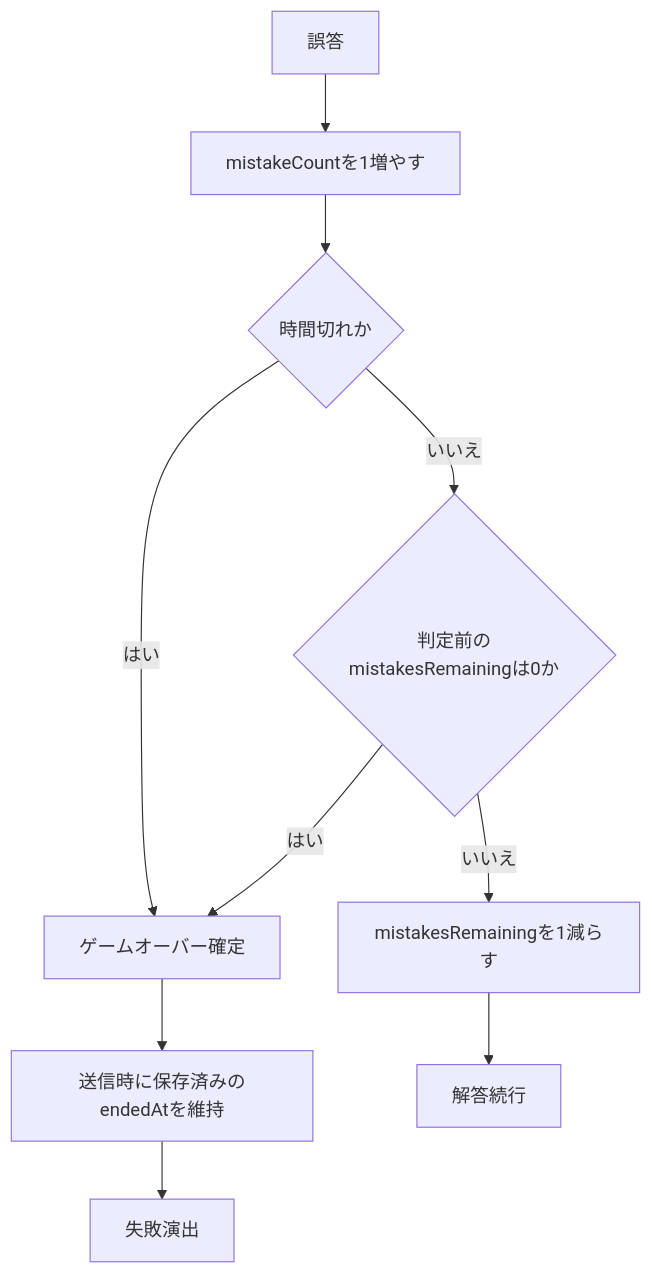
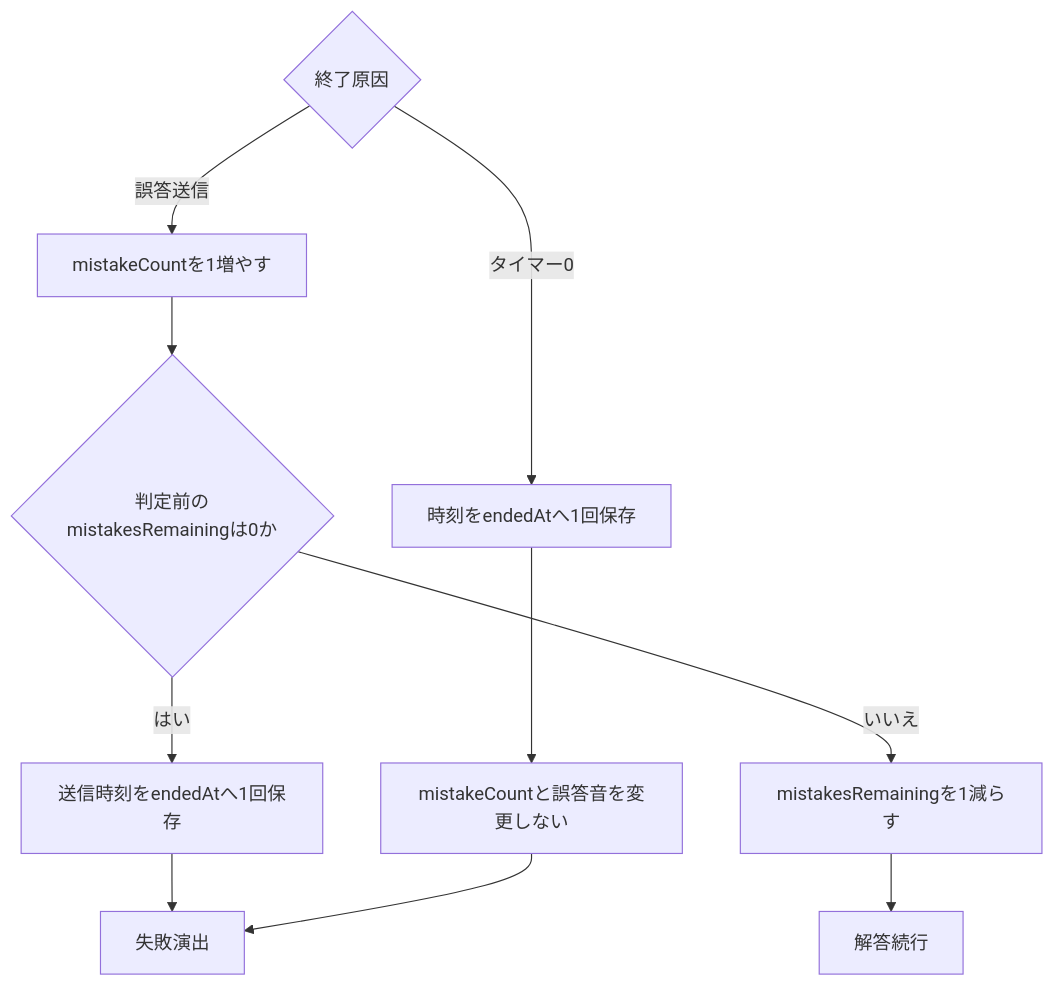
One commit to lycanthr0pes/language-deciphering-game changed the tenth of 13 diagrams in docs/project-flow.md. Above: the diagram before and after it, drawn with Mermaid. The commit also changed other lines of this file and 40 other files, not shown here.

````diff
--- a/docs/project-flow.md
+++ b/docs/project-flow.md
@@ -216,12 +224,12 @@
 ```mermaid
 flowchart TD
-    A[誤答] --> B[mistakeCountを1増やす]
-    B --> C{時間切れか}
-    C -->|はい| G[ゲームオーバー確定]
-    C -->|いいえ| D{判定前のmistakesRemainingは0か}
-    D -->|はい| G
-    D -->|いいえ| E[mistakesRemainingを1減らす]
+    A{終了原因} -->|誤答送信| B[mistakeCountを1増やす]
+    B --> C{判定前のmistakesRemainingは0か}
+    C -->|はい| D[送信時刻をendedAtへ1回保存]
+    C -->|いいえ| E[mistakesRemainingを1減らす]
     E --> F[解答続行]
-    G --> H[送信時に保存済みのendedAtを維持]
-    H --> I[失敗演出]
+    A -->|タイマー0| G[時刻をendedAtへ1回保存]
+    G --> H[mistakeCountと誤答音を変更しない]
+    D --> I[失敗演出]
+    H --> I
 ```
````
